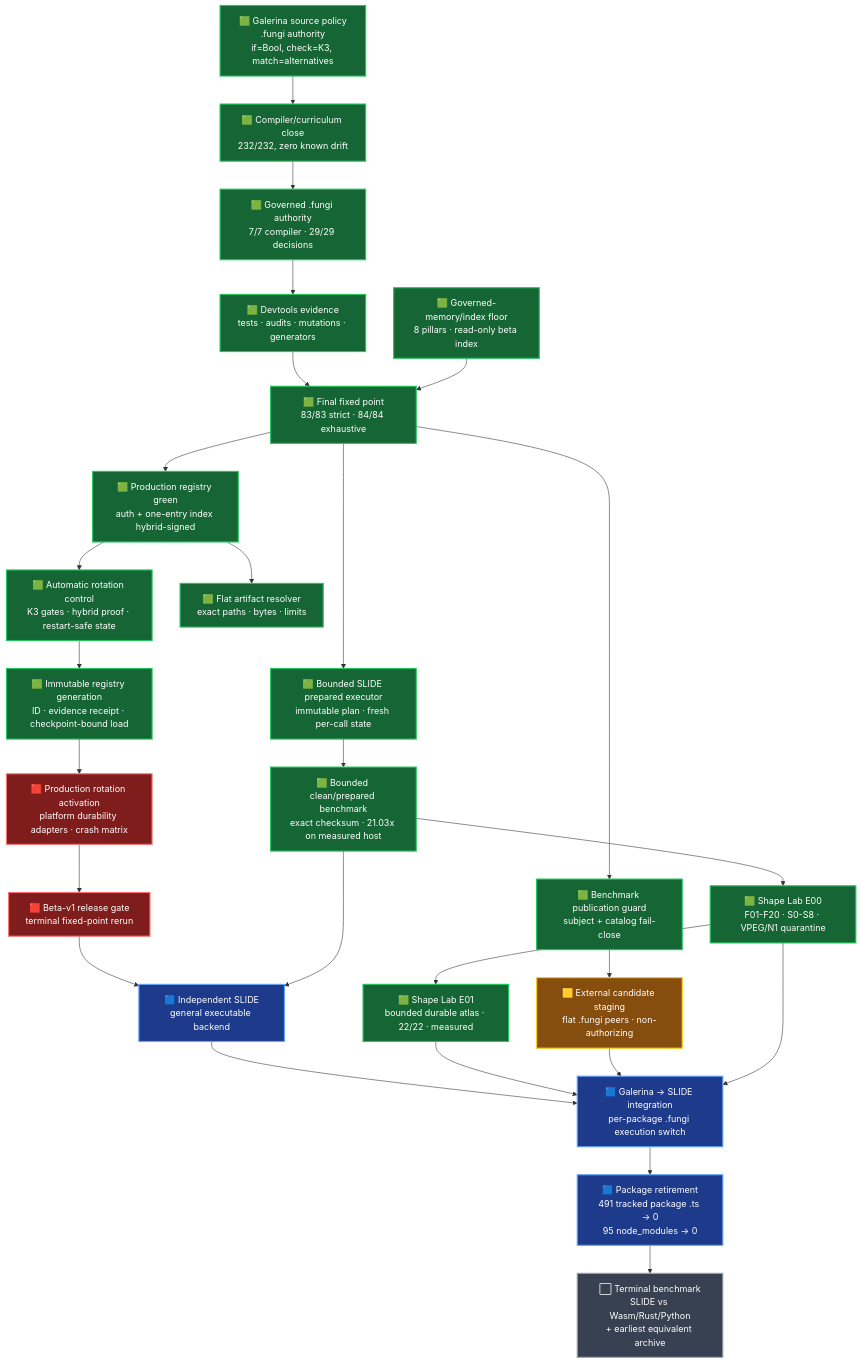
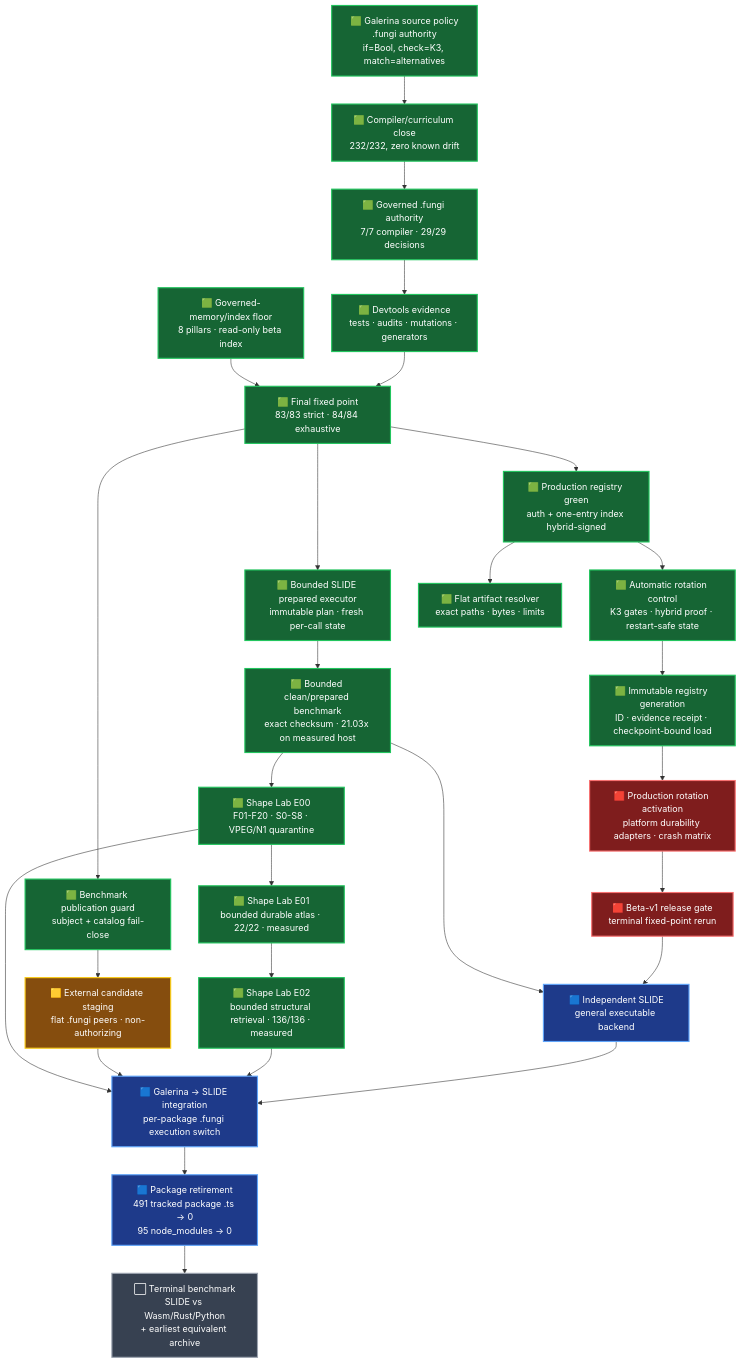
One commit to TritHypha/Deveolpment-runtime-fungi-gate changed the diagram in docs/roadmap-2026-07-29-galerina-beta-v1-to-slide.md. Above: the diagram before and after it, drawn with Mermaid. The commit also changed other lines of this file and 1 other file, not shown here.

Commit message:
docs: synchronize bounded SLIDE E02 evidence

````diff
--- a/docs/roadmap-2026-07-29-galerina-beta-v1-to-slide.md
+++ b/docs/roadmap-2026-07-29-galerina-beta-v1-to-slide.md
@@ -22,47 +22,48 @@
 ```mermaid
 flowchart TB
     A["🟩 Galerina source policy<br/>.fungi authority<br/>if=Bool, check=K3, match=alternatives"]
     B["🟩 Compiler/curriculum close<br/>232/232, zero known drift"]
     C["🟩 Governed .fungi authority<br/>7/7 compiler · 29/29 decisions"]
     D["🟩 Devtools evidence<br/>tests · audits · mutations · generators"]
     E["🟩 Final fixed point<br/>83/83 strict · 84/84 exhaustive"]
     R["🟩 Automatic rotation control<br/>K3 gates · hybrid proof · restart-safe state"]
     Y["🟩 Immutable registry generation<br/>ID · evidence receipt · checkpoint-bound load"]
     X["🟥 Production rotation activation<br/>platform durability adapters · crash matrix"]
     F["🟥 Beta-v1 release gate<br/>terminal fixed-point rerun"]
     G["🟩 Production registry green<br/>auth + one-entry index hybrid-signed"]
     H["🟦 Independent SLIDE<br/>general executable backend"]
     S["🟩 Bounded SLIDE prepared executor<br/>immutable plan · fresh per-call state"]
     L["🟩 Bounded clean/prepared benchmark<br/>exact checksum · 21.03x on measured host"]
     Q["🟨 External candidate staging<br/>flat .fungi peers · non-authorizing"]
     K["🟩 Benchmark publication guard<br/>subject + catalog fail-close"]
     I["🟦 Galerina → SLIDE integration<br/>per-package .fungi execution switch"]
     T["🟦 Package retirement<br/>491 tracked package .ts → 0<br/>95 node_modules → 0"]
     J["⬜ Terminal benchmark<br/>SLIDE vs Wasm/Rust/Python<br/>+ earliest equivalent archive"]
     P["🟩 Flat artifact resolver<br/>exact paths · bytes · limits"]
     M["🟩 Shape Lab E00<br/>F01-F20 · S0-S8 · VPEG/N1 quarantine"]
     U["🟩 Shape Lab E01<br/>bounded durable atlas · 22/22 · measured"]
+    V["🟩 Shape Lab E02<br/>bounded structural retrieval · 136/136 · measured"]
     Z["🟩 Governed-memory/index floor<br/>8 pillars · read-only beta index"]
 
     A --> B --> C --> D --> E --> G --> R --> Y --> X --> F --> H --> I --> T --> J
     Z --> E
     G --> P
-    L --> M --> U
-    U --> I
+    L --> M --> U --> V
+    V --> I
     E --> K --> Q
     E --> S --> L --> H
     Q --> I
     M --> I
 
     classDef green fill:#166534,color:#ffffff,stroke:#22c55e,stroke-width:2px;
     classDef amber fill:#854d0e,color:#ffffff,stroke:#facc15,stroke-width:2px;
     classDef red fill:#7f1d1d,color:#ffffff,stroke:#f87171,stroke-width:2px;
     classDef blue fill:#1e3a8a,color:#ffffff,stroke:#60a5fa,stroke-width:2px;
     classDef grey fill:#374151,color:#ffffff,stroke:#9ca3af,stroke-width:2px;
-    class A,B,C,D,E,G,R,Y,Z,K,S,L,M,U green;
+    class A,B,C,D,E,G,R,Y,Z,K,S,L,M,U,V green;
     class X,F red;
     class Q amber;
     class H,I,T blue;
     class P green;
     class J grey;
 ```
````
